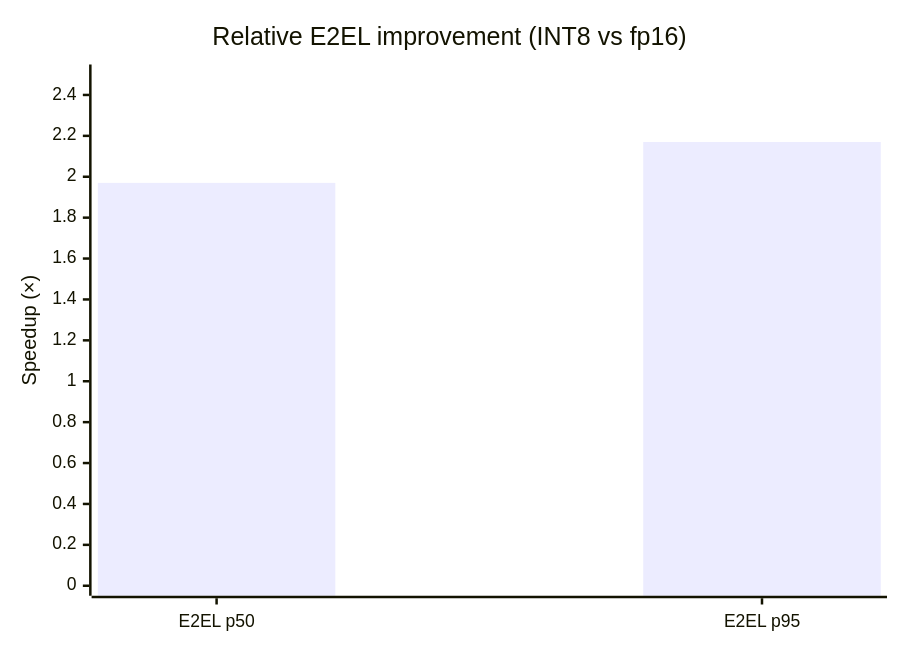
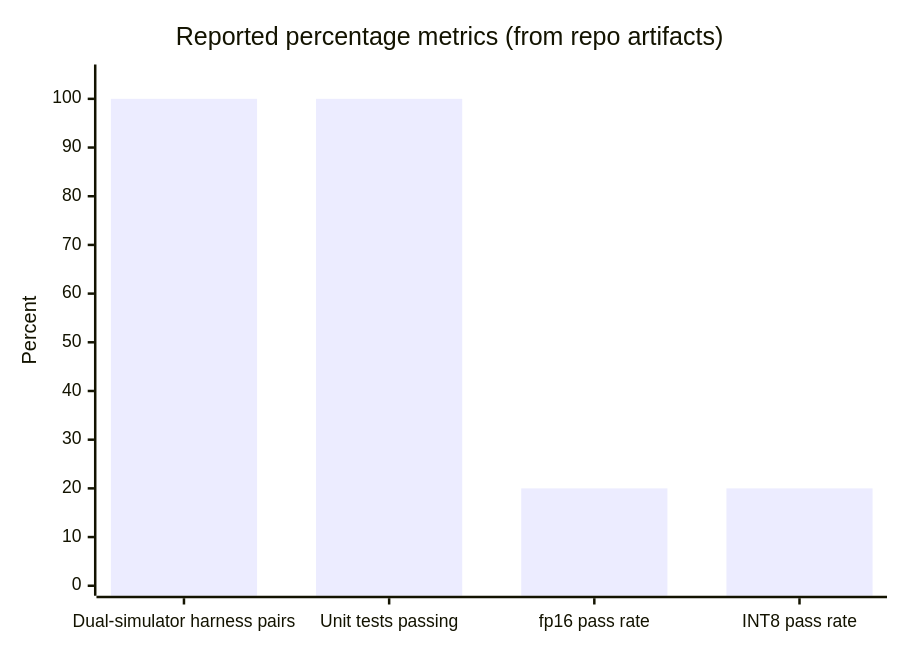
One commit to ArchanaChetan07/chip-design-llm-eval changed the third of 4 diagrams in README.md. Above: the diagram before and after it, drawn with Mermaid. The commit also changed other lines of this file, not shown here.

Commit message:
docs: FAANG-ready professional README with diagrams and verified metrics

````diff
--- a/README.md
+++ b/README.md
@@ -214,7 +76,7 @@
 ```mermaid
 xychart-beta
-  title "Relative E2EL improvement (INT8 vs fp16)"
-  x-axis ["E2EL p50", "E2EL p95"]
-  y-axis "Speedup (×)" 0 --> 2.5
-  bar [1.97, 2.17]
+    title "Reported percentage metrics (from repo artifacts)"
+    x-axis ["Dual-simulator harness pairs", "Unit tests passing", "fp16 pass rate", "INT8 pass rate"]
+    y-axis "Percent" 0 --> 105
+    bar [100.0, 100.0, 20.0, 20.0]
 ```
````
